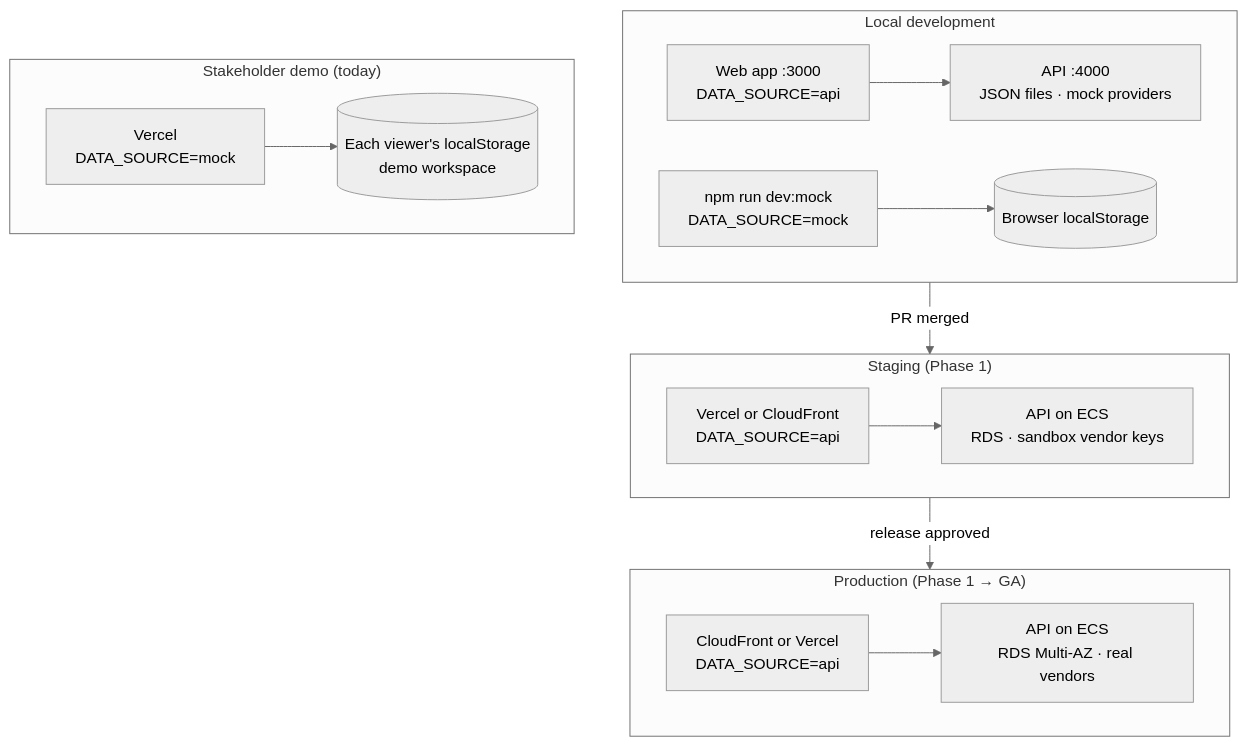
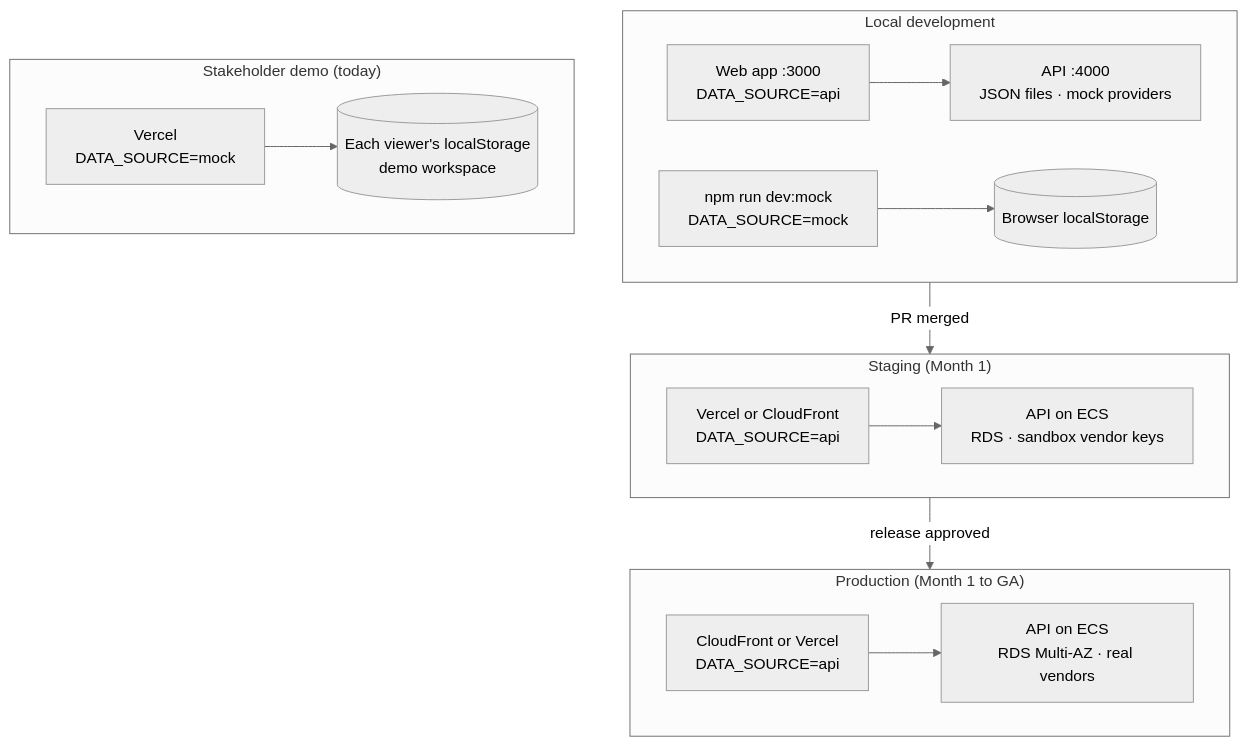
Before and after one commit to adarsh-dev-hs/sell-easy-docs: the first of 2 diagrams in content/docs/architecture/environments-and-data-modes.mdx, drawn with Mermaid (neutral theme). The commit also changed other lines of this file and 35 other files, not shown here.

````diff
--- a/content/docs/architecture/environments-and-data-modes.mdx
+++ b/content/docs/architecture/environments-and-data-modes.mdx
@@ -16,18 +16,18 @@
 ```mermaid
 flowchart TB
   subgraph LOCAL["Local development"]
     lweb["Web app :3000<br/>DATA_SOURCE=api"] --> lapi["API :4000<br/>JSON files · mock providers"]
     lweb2["npm run dev:mock<br/>DATA_SOURCE=mock"] --> lls[("Browser localStorage")]
   end
   subgraph DEMO["Stakeholder demo (today)"]
     vweb["Vercel<br/>DATA_SOURCE=mock"] --> vls[("Each viewer's localStorage<br/>demo workspace")]
   end
-  subgraph STG["Staging (Phase 1)"]
+  subgraph STG["Staging (Month 1)"]
     sweb["Vercel or CloudFront<br/>DATA_SOURCE=api"] --> sapi["API on ECS<br/>RDS · sandbox vendor keys"]
   end
-  subgraph PROD["Production (Phase 1 → GA)"]
+  subgraph PROD["Production (Month 1 to GA)"]
     pweb["CloudFront or Vercel<br/>DATA_SOURCE=api"] --> papi["API on ECS<br/>RDS Multi-AZ · real vendors"]
   end
   LOCAL -- "PR merged" --> STG
   STG -- "release approved" --> PROD
 ```
````
